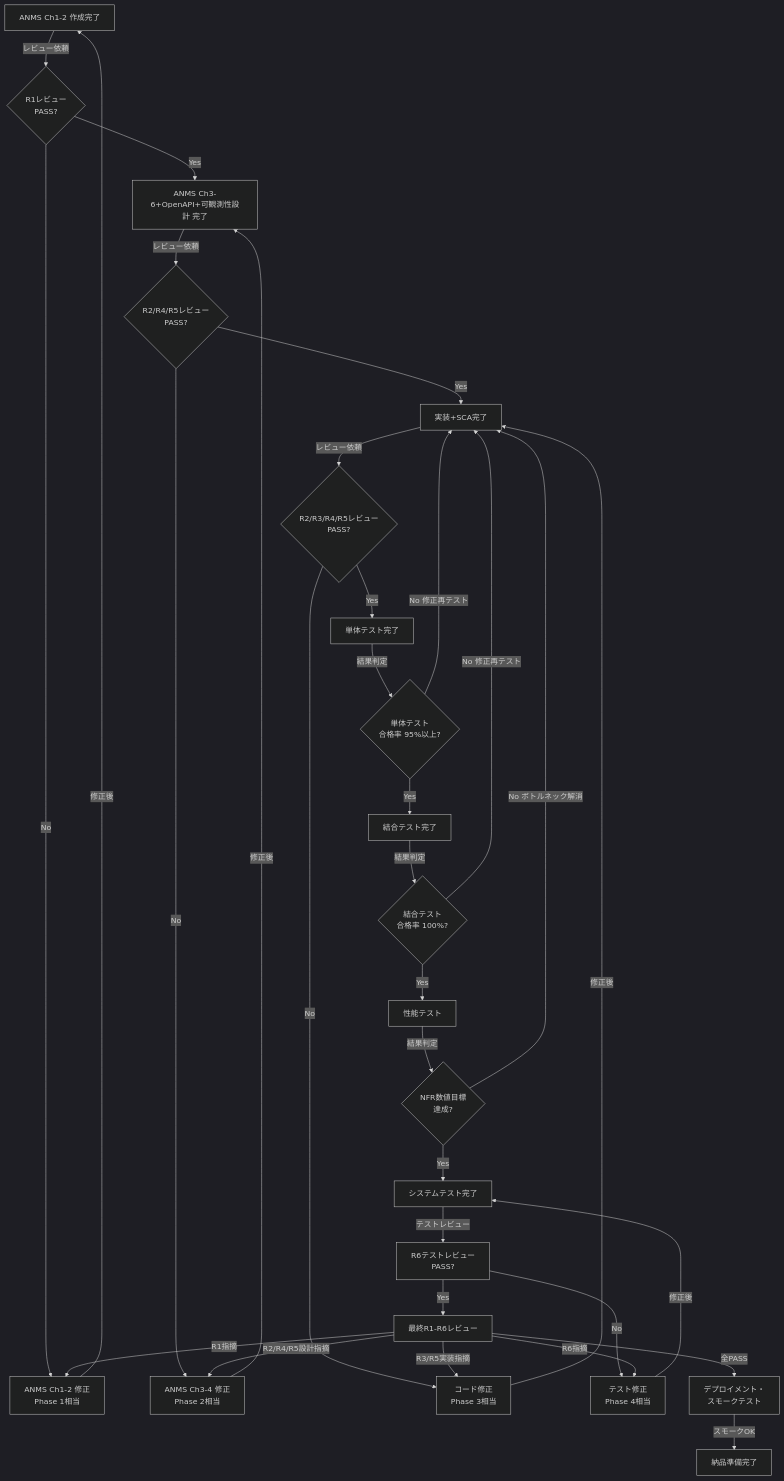
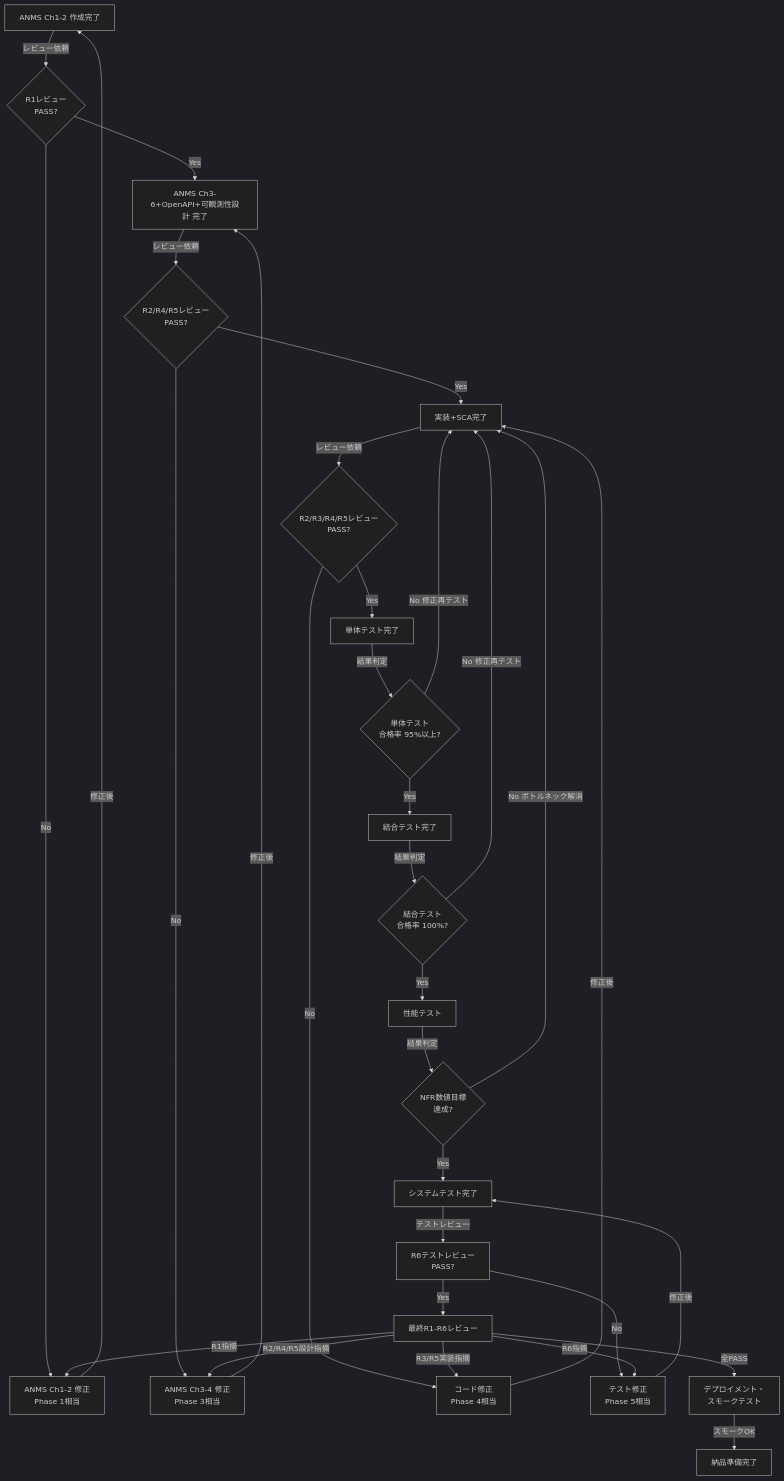
The ninth of 11 diagrams in process-rules/full-auto-dev-process-rules-ja.md (GoodRelax/claude-code-full-auto-dev), drawn with Mermaid (dark theme) before and after one commit. The commit also changed other lines of this file and 26 other files, not shown here.

````diff
--- a/process-rules/full-auto-dev-process-rules-ja.md
+++ b/process-rules/full-auto-dev-process-rules-ja.md
@@ -1985,56 +2071,56 @@
 ```mermaid
 flowchart TD
     Spec1["ANMS Ch1-2 作成完了"]
     Spec1_Review{"R1レビュー<br/>PASS?"}
     Spec2["ANMS Ch3-6+OpenAPI+可観測性設計 完了"]
     Spec2_Review{"R2/R4/R5レビュー<br/>PASS?"}
     Impl["実装+SCA完了"]
     Code_Review{"R2/R3/R4/R5レビュー<br/>PASS?"}
     UT["単体テスト完了"]
     UT_Gate{"単体テスト<br/>合格率 95%以上?"}
     IT["結合テスト完了"]
     IT_Gate{"結合テスト<br/>合格率 100%?"}
     PerfT["性能テスト"]
     Perf_Gate{"NFR数値目標<br/>達成?"}
     ST["システムテスト完了"]
     TR["R6テストレビュー<br/>PASS?"]
     Final["最終R1-R6レビュー"]
     R1Fail["ANMS Ch1-2 修正<br/>Phase 1相当"]
-    R2Fail["ANMS Ch3-4 修正<br/>Phase 2相当"]
-    R3Fail["コード修正<br/>Phase 3相当"]
-    R6Fail["テスト修正<br/>Phase 4相当"]
+    R2Fail["ANMS Ch3-4 修正<br/>Phase 3相当"]
+    R3Fail["コード修正<br/>Phase 4相当"]
+    R6Fail["テスト修正<br/>Phase 5相当"]
     Deploy["デプロイメント・<br/>スモークテスト"]
     Done["納品準備完了"]
 
     Spec1 -->|"レビュー依頼"| Spec1_Review
     Spec1_Review -->|"Yes"| Spec2
     Spec1_Review -->|"No"| R1Fail
     R1Fail -->|"修正後"| Spec1
     Spec2 -->|"レビュー依頼"| Spec2_Review
     Spec2_Review -->|"Yes"| Impl
     Spec2_Review -->|"No"| R2Fail
     R2Fail -->|"修正後"| Spec2
     Impl -->|"レビュー依頼"| Code_Review
     Code_Review -->|"Yes"| UT
     Code_Review -->|"No"| R3Fail
     R3Fail -->|"修正後"| Impl
     UT -->|"結果判定"| UT_Gate
     UT_Gate -->|"Yes"| IT
     UT_Gate -->|"No 修正再テスト"| Impl
     IT -->|"結果判定"| IT_Gate
     IT_Gate -->|"Yes"| PerfT
     IT_Gate -->|"No 修正再テスト"| Impl
     PerfT -->|"結果判定"| Perf_Gate
     Perf_Gate -->|"Yes"| ST
     Perf_Gate -->|"No ボトルネック解消"| Impl
     ST -->|"テストレビュー"| TR
     TR -->|"Yes"| Final
     TR -->|"No"| R6Fail
     R6Fail -->|"修正後"| ST
     Final -->|"R1指摘"| R1Fail
     Final -->|"R2/R4/R5設計指摘"| R2Fail
     Final -->|"R3/R5実装指摘"| R3Fail
     Final -->|"R6指摘"| R6Fail
     Final -->|"全PASS"| Deploy
     Deploy -->|"スモークOK"| Done
 ```
````
